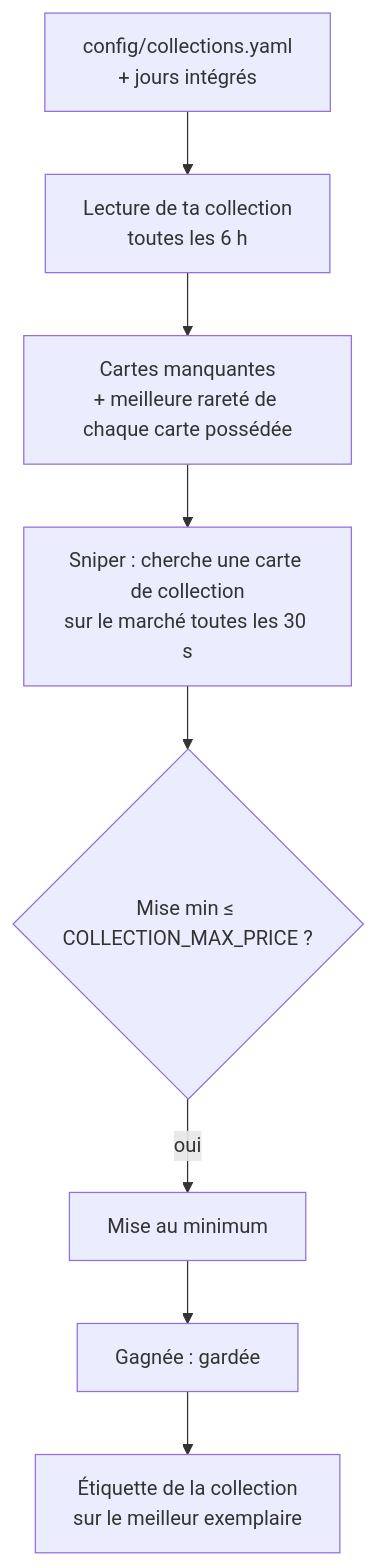
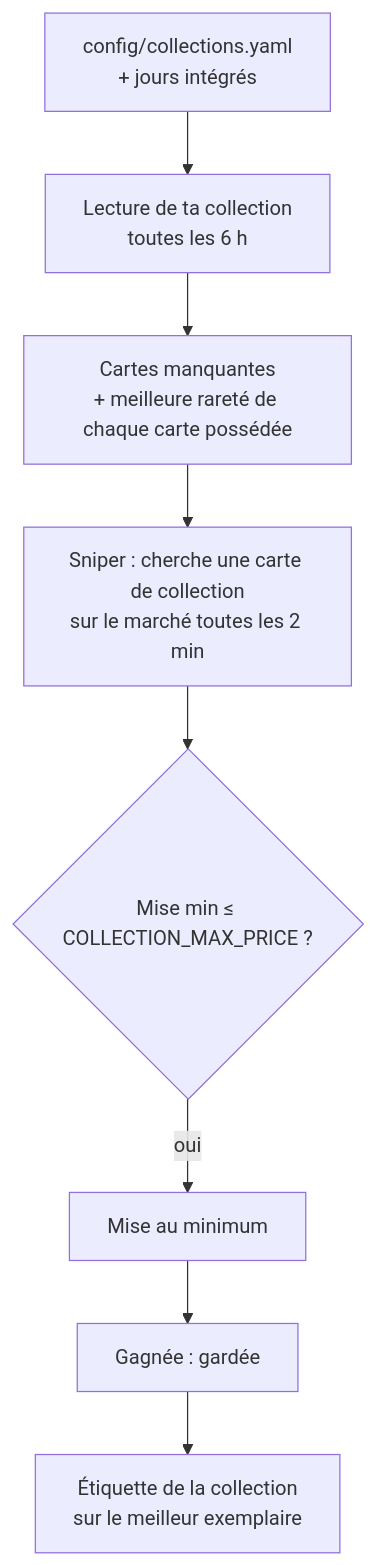
One commit to MaKSiiMe/WikiMastered changed the sixth of 8 diagrams in docs/FONCTIONNEMENT.md. Above: the diagram before and after it, drawn with Mermaid. The commit also changed other lines of this file and 14 other files, not shown here.

````diff
--- a/docs/FONCTIONNEMENT.md
+++ b/docs/FONCTIONNEMENT.md
@@ -181,10 +183,10 @@
 ```mermaid
 flowchart TD
     Y["config/collections.yaml<br/>+ jours intégrés"] --> L["Lecture de ta collection<br/>toutes les 6 h"]
     L --> M["Cartes manquantes<br/>+ meilleure rareté de chaque carte possédée"]
-    M --> S["Sniper : cherche une carte de collection<br/>sur le marché toutes les 30 s"]
+    M --> S["Sniper : cherche une carte de collection<br/>sur le marché toutes les 2 min"]
     S --> B{"Mise min ≤ COLLECTION_MAX_PRICE ?"}
     B -->|oui| W["Mise au minimum"]
     W --> K["Gagnée : gardée"]
     K --> T["Étiquette de la collection<br/>sur le meilleur exemplaire"]
 ```
````
